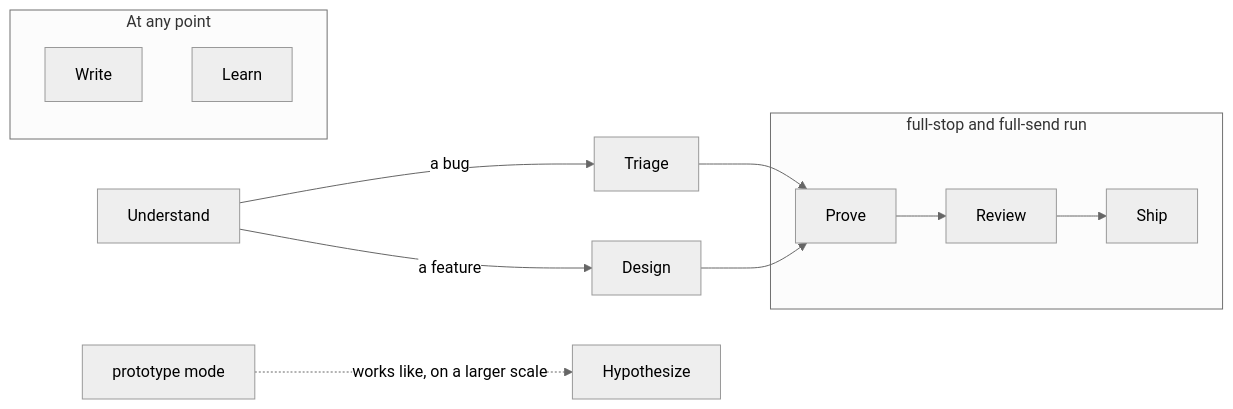
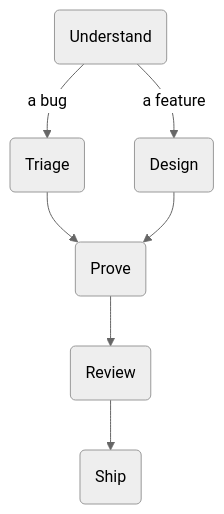
The second of 2 diagrams in wiki/Skills.md (JoshuaHayesWasHere/jstack), drawn with Mermaid (neutral theme) before and after one commit. The commit also changed other lines of this file and 7 other files, not shown here.

Commit message:
Wiki diagrams explain only the skills, never cross a line, and fit GitHub's viewer in light and dark mode

````diff
--- a/wiki/Skills.md
+++ b/wiki/Skills.md
@@ -27,15 +21,10 @@
 ```mermaid
-flowchart LR
-    understand["Understand"] -->|"a bug"| triage["Triage"]
-    understand -->|"a feature"| design["Design"]
-    proto["prototype mode"] -.->|"works like, on a larger scale"| hyp["Hypothesize"]
-    triage --> prove
+%%{init: {"flowchart": {"wrappingWidth": 400}}}%%
+flowchart TD
+    understand("Understand") -->|a bug| triage("Triage")
+    understand -->|a feature| design("Design")
+    triage --> prove("Prove")
     design --> prove
-    subgraph build["full-stop and full-send run"]
-        prove["Prove"] --> review["Review"] --> ship["Ship"]
-    end
-    subgraph any["At any point"]
-        write["Write"]
-        learn["Learn"]
-    end
+    prove --> review("Review")
+    review --> ship("Ship")
 ```
````
